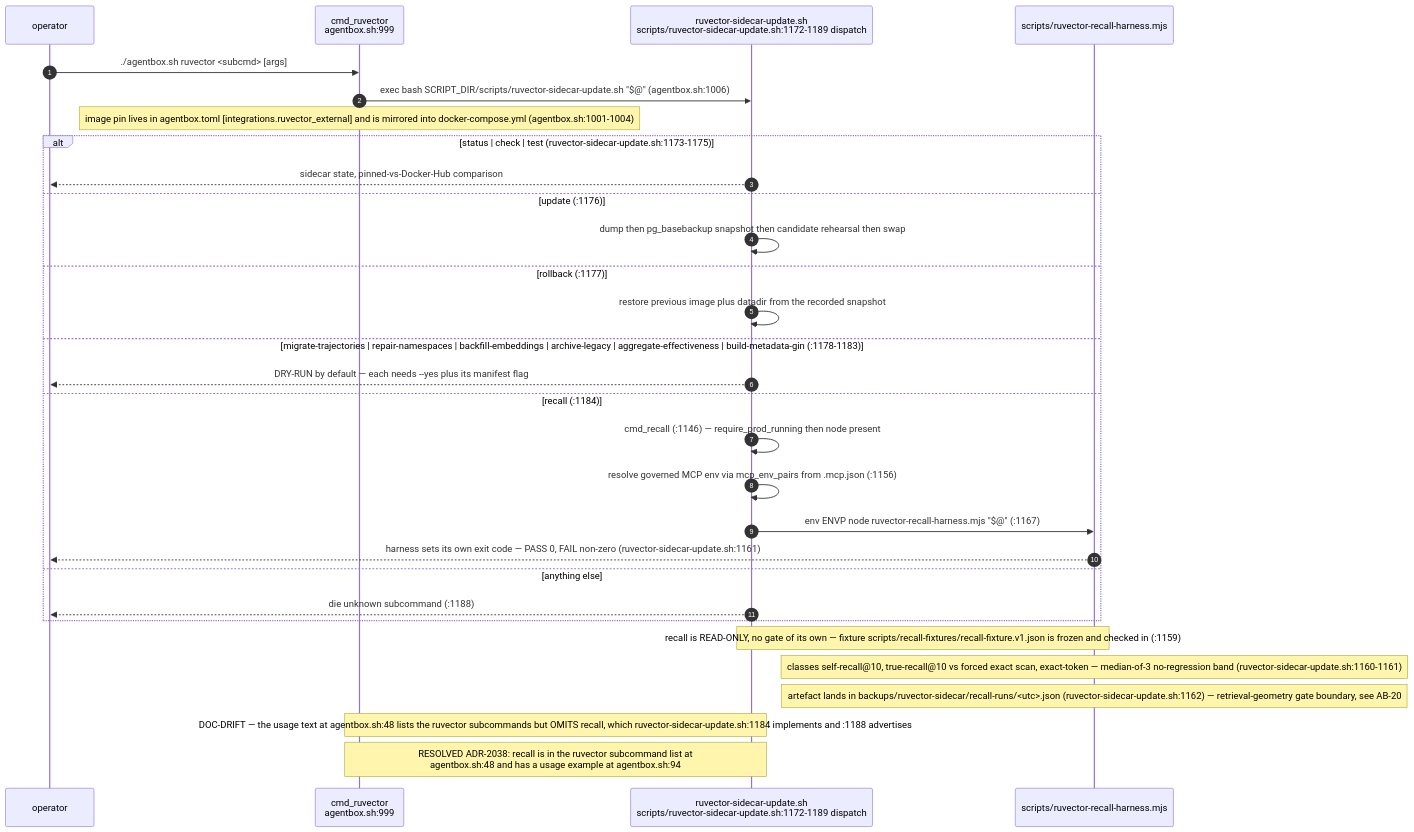
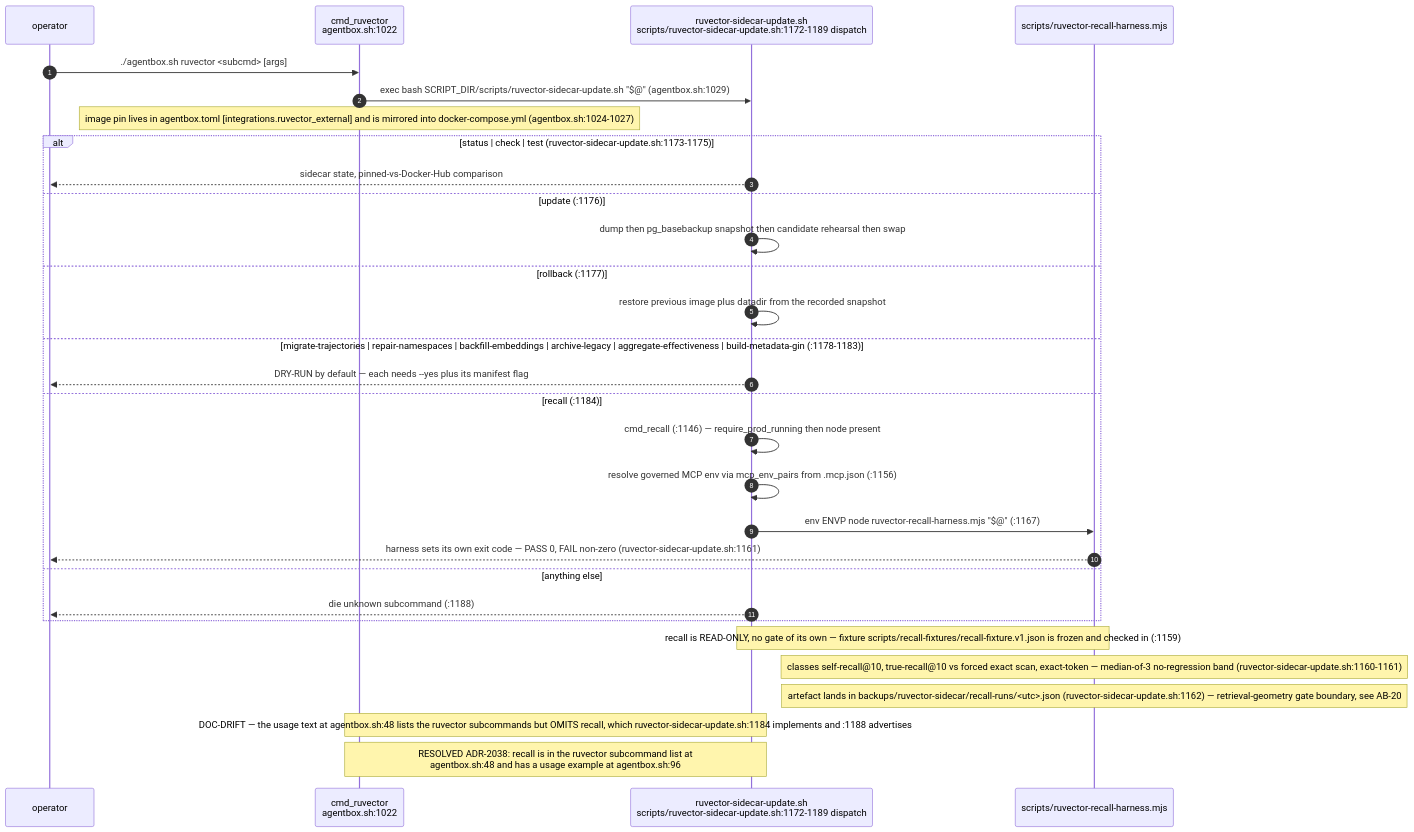
One commit to DreamLab-AI/VisionFlow changed the sixth of 13 diagrams in docs/diagrams/agentbox/05-manifest-gates-and-cli.md. Above: the diagram before and after it, drawn with Mermaid. The commit also changed other lines of this file and 28 other files, not shown here.

````diff
--- a/docs/diagrams/agentbox/05-manifest-gates-and-cli.md
+++ b/docs/diagrams/agentbox/05-manifest-gates-and-cli.md
@@ -154,33 +155,33 @@
 ```mermaid
 sequenceDiagram
     autonumber
     participant OP as operator
-    participant AB as cmd_ruvector<br/>agentbox.sh:999
+    participant AB as cmd_ruvector<br/>agentbox.sh:1022
     participant SC as ruvector-sidecar-update.sh<br/>scripts/ruvector-sidecar-update.sh:1172-1189 dispatch
     participant H as scripts/ruvector-recall-harness.mjs
 
     OP->>AB: ./agentbox.sh ruvector <subcmd> [args]
-    AB->>SC: exec bash SCRIPT_DIR/scripts/ruvector-sidecar-update.sh "$@" (agentbox.sh:1006)
-    Note over AB: image pin lives in agentbox.toml [integrations.ruvector_external] and is mirrored into docker-compose.yml (agentbox.sh:1001-1004)
+    AB->>SC: exec bash SCRIPT_DIR/scripts/ruvector-sidecar-update.sh "$@" (agentbox.sh:1029)
+    Note over AB: image pin lives in agentbox.toml [integrations.ruvector_external] and is mirrored into docker-compose.yml (agentbox.sh:1024-1027)
     alt status | check | test (ruvector-sidecar-update.sh:1173-1175)
         SC-->>OP: sidecar state, pinned-vs-Docker-Hub comparison
     else update (:1176)
         SC->>SC: dump then pg_basebackup snapshot then candidate rehearsal then swap
     else rollback (:1177)
         SC->>SC: restore previous image plus datadir from the recorded snapshot
     else migrate-trajectories | repair-namespaces | backfill-embeddings | archive-legacy | aggregate-effectiveness | build-metadata-gin (:1178-1183)
         SC-->>OP: DRY-RUN by default — each needs --yes plus its manifest flag
     else recall (:1184)
         SC->>SC: cmd_recall (:1146) — require_prod_running then node present
         SC->>SC: resolve governed MCP env via mcp_env_pairs from .mcp.json (:1156)
         SC->>H: env ENVP node ruvector-recall-harness.mjs "$@" (:1167)
         H-->>OP: harness sets its own exit code — PASS 0, FAIL non-zero (ruvector-sidecar-update.sh:1161)
     else anything else
         SC-->>OP: die unknown subcommand (:1188)
     end
     Note over SC,H: recall is READ-ONLY, no gate of its own — fixture scripts/recall-fixtures/recall-fixture.v1.json is frozen and checked in (:1159)
     Note over H: classes self-recall@10, true-recall@10 vs forced exact scan, exact-token — median-of-3 no-regression band (ruvector-sidecar-update.sh:1160-1161)
     Note over H: artefact lands in backups/ruvector-sidecar/recall-runs/<utc>.json (ruvector-sidecar-update.sh:1162) — retrieval-geometry gate boundary, see AB-20
     Note over AB,SC: DOC-DRIFT — the usage text at agentbox.sh:48 lists the ruvector subcommands but OMITS recall, which ruvector-sidecar-update.sh:1184 implements and :1188 advertises
-    Note over AB,SC: RESOLVED ADR-2038: recall is in the ruvector subcommand list at<br/>agentbox.sh:48 and has a usage example at agentbox.sh:94
+    Note over AB,SC: RESOLVED ADR-2038: recall is in the ruvector subcommand list at<br/>agentbox.sh:48 and has a usage example at agentbox.sh:96
 ```
````
